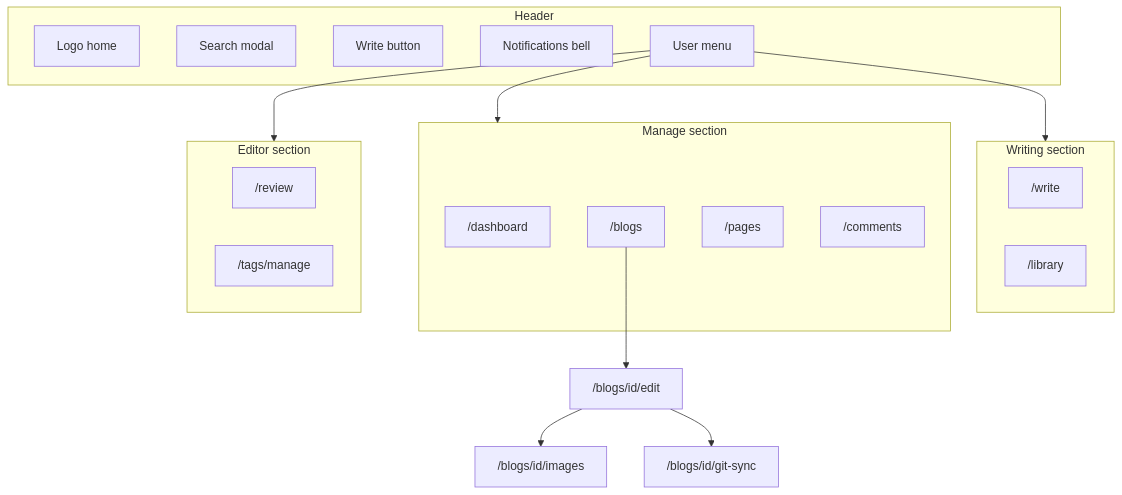
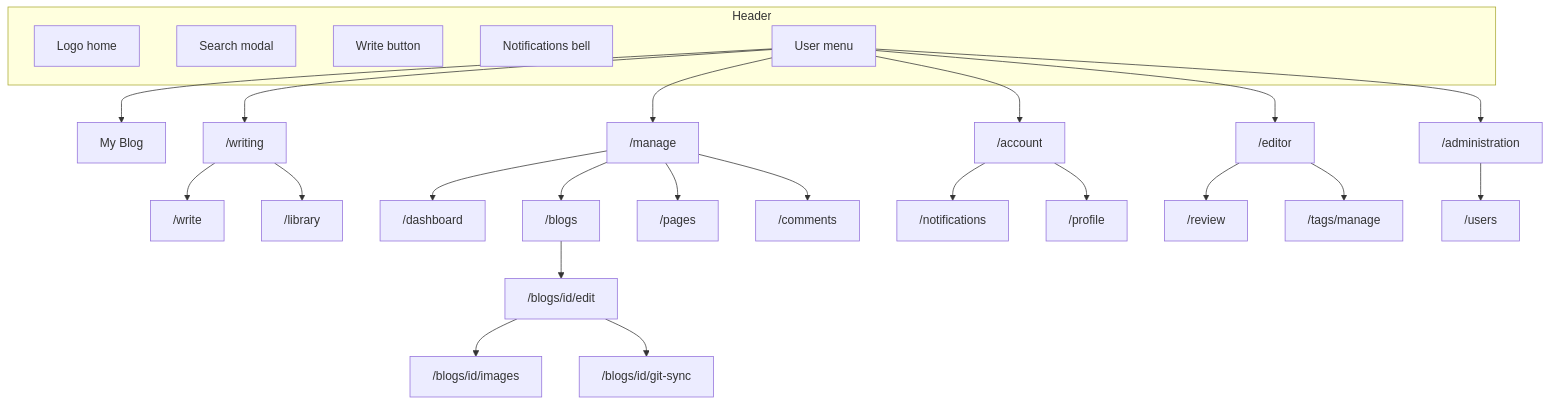
One commit to vepo/contraponto changed the diagram in docs/feature-catalog.md. Above: the diagram before and after it, drawn with Mermaid. The commit also changed other lines of this file and 85 other files, not shown here.

````diff
--- a/docs/feature-catalog.md
+++ b/docs/feature-catalog.md
@@ -178,30 +184,30 @@
 ```mermaid
 flowchart TD
   subgraph header [Header]
     Home[Logo home]
     Search[Search modal]
     WriteBtn[Write button]
     Badge[Notifications bell]
     Menu[User menu]
   end
-  subgraph writing [Writing section]
-    Write["/write"]
-    Library["/library"]
-  end
-  subgraph manage [Manage section]
-    Dashboard["/dashboard"]
-    Blogs["/blogs"]
-    Pages["/pages"]
-    Comments["/comments"]
-  end
-  subgraph editor [Editor section]
-    Review["/review"]
-    TagsManage["/tags/manage"]
-  end
-  Menu --> writing
-  Menu --> manage
-  Menu --> editor
+  Menu --> MyBlog["My Blog"]
+  Menu --> WritingHub["/writing"]
+  Menu --> ManageHub["/manage"]
+  Menu --> AccountHub["/account"]
+  Menu --> EditorHub["/editor"]
+  Menu --> AdminHub["/administration"]
+  WritingHub --> Write["/write"]
+  WritingHub --> Library["/library"]
+  ManageHub --> Dashboard["/dashboard"]
+  ManageHub --> Blogs["/blogs"]
+  ManageHub --> Pages["/pages"]
+  ManageHub --> Comments["/comments"]
+  AccountHub --> Notifications["/notifications"]
+  AccountHub --> Profile["/profile"]
+  EditorHub --> Review["/review"]
+  EditorHub --> TagsManage["/tags/manage"]
+  AdminHub --> Users["/users"]
   Blogs --> BlogEdit["/blogs/id/edit"]
   BlogEdit --> Images["/blogs/id/images"]
   BlogEdit --> GitSync["/blogs/id/git-sync"]
 ```
````
